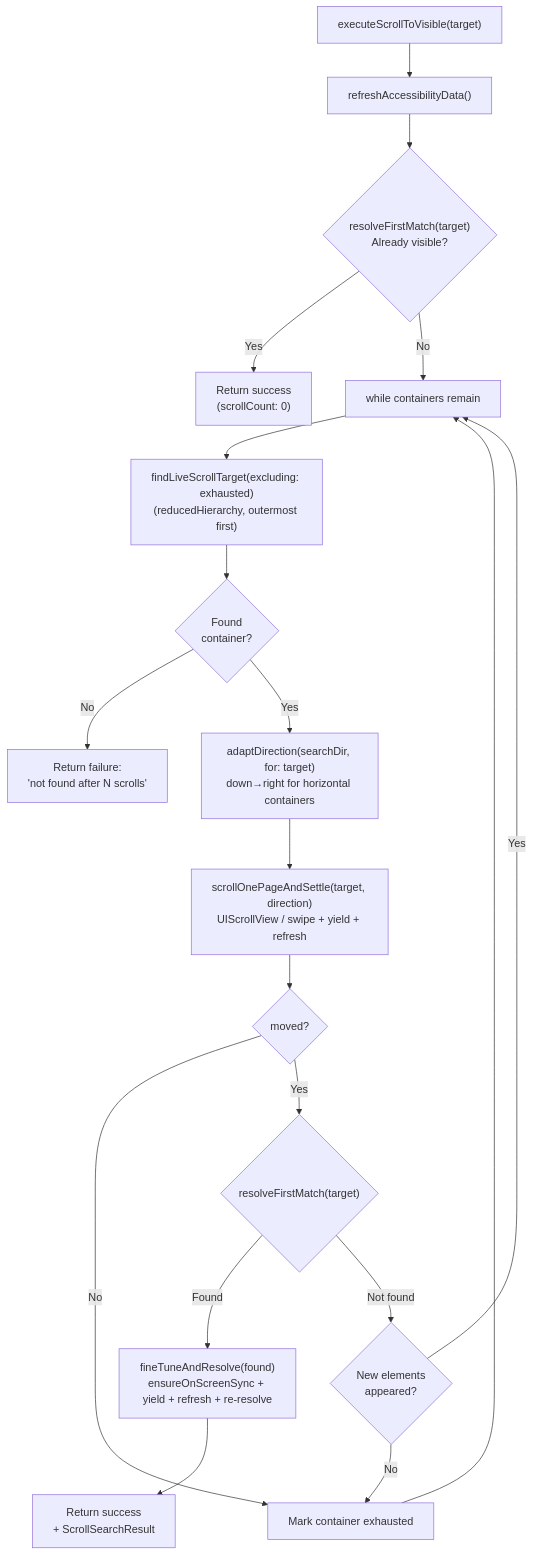
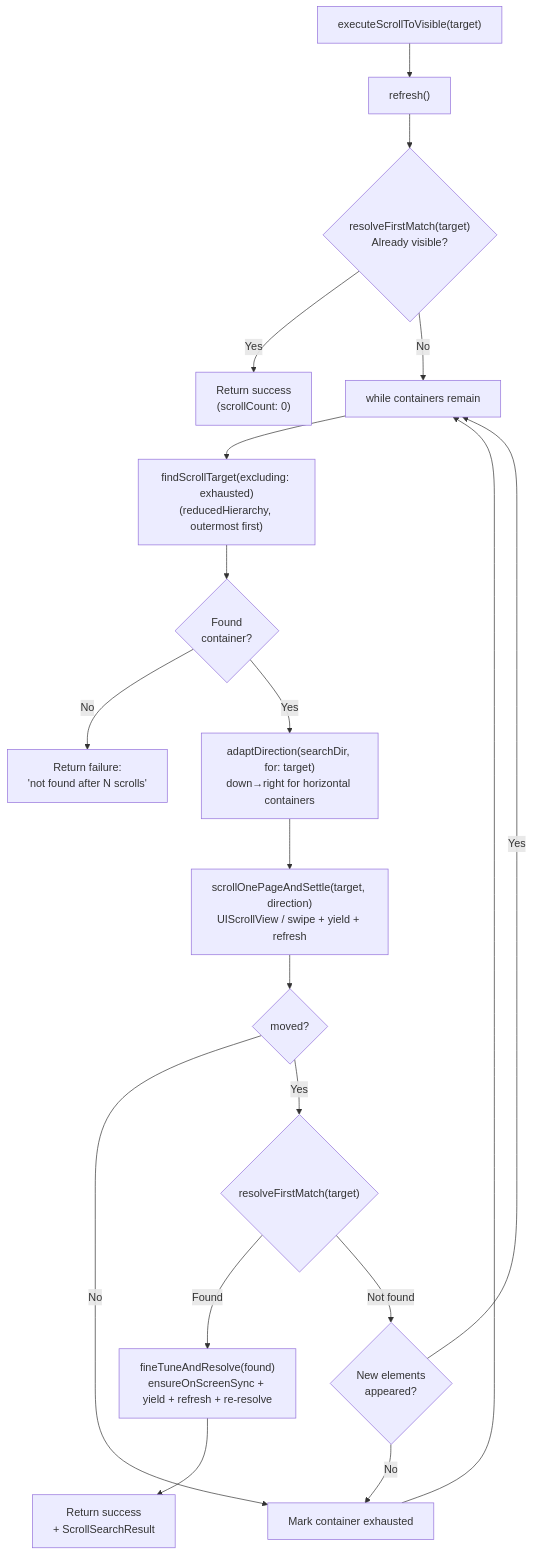
One commit to RoyalPineapple/TheButtonHeist changed the second of 2 diagrams in docs/dossiers/04a-SCROLLING.md. Above: the diagram before and after it, drawn with Mermaid. The commit also changed other lines of this file and 17 other files, not shown here.

````diff
--- a/docs/dossiers/04a-SCROLLING.md
+++ b/docs/dossiers/04a-SCROLLING.md
@@ -148,24 +148,24 @@
 ```mermaid
 flowchart TD
-    S["executeScrollToVisible(target)"] --> REF["refreshAccessibilityData()"]
+    S["executeScrollToVisible(target)"] --> REF["refresh()"]
     REF --> CHK{"resolveFirstMatch(target)<br/>Already visible?"}
     CHK -->|Yes| DONE["Return success<br/>(scrollCount: 0)"]
     CHK -->|No| LOOP["while containers remain"]
 
-    LOOP --> FIND["findLiveScrollTarget(excluding: exhausted)<br/>(reducedHierarchy, outermost first)"]
+    LOOP --> FIND["findScrollTarget(excluding: exhausted)<br/>(reducedHierarchy, outermost first)"]
     FIND --> SVOK{Found<br/>container?}
     SVOK -->|No| FAILN["Return failure:<br/>'not found after N scrolls'"]
     SVOK -->|Yes| ADAPT["adaptDirection(searchDir, for: target)<br/>down→right for horizontal containers"]
 
     ADAPT --> SCROLL["scrollOnePageAndSettle(target, direction)<br/>UIScrollView / swipe + yield + refresh"]
     SCROLL --> MOVED{moved?}
     MOVED -->|No| EXHAUST["Mark container exhausted"]
     EXHAUST --> LOOP
 
     MOVED -->|Yes| FM{"resolveFirstMatch(target)"}
     FM -->|Found| FT["fineTuneAndResolve(found)<br/>ensureOnScreenSync + yield + refresh + re-resolve"]
     FT --> END["Return success<br/>+ ScrollSearchResult"]
     FM -->|Not found| NEW{New elements<br/>appeared?}
     NEW -->|No| EXHAUST
     NEW -->|Yes| LOOP
 ```
````
